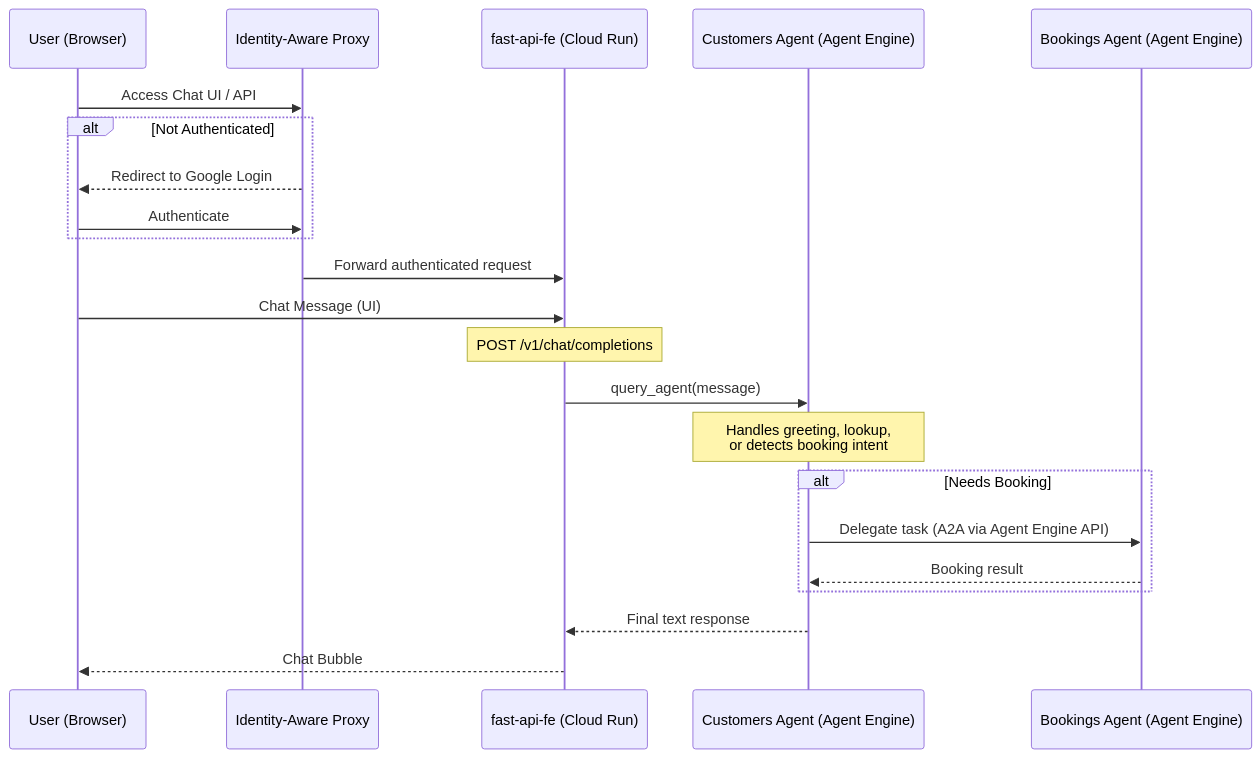
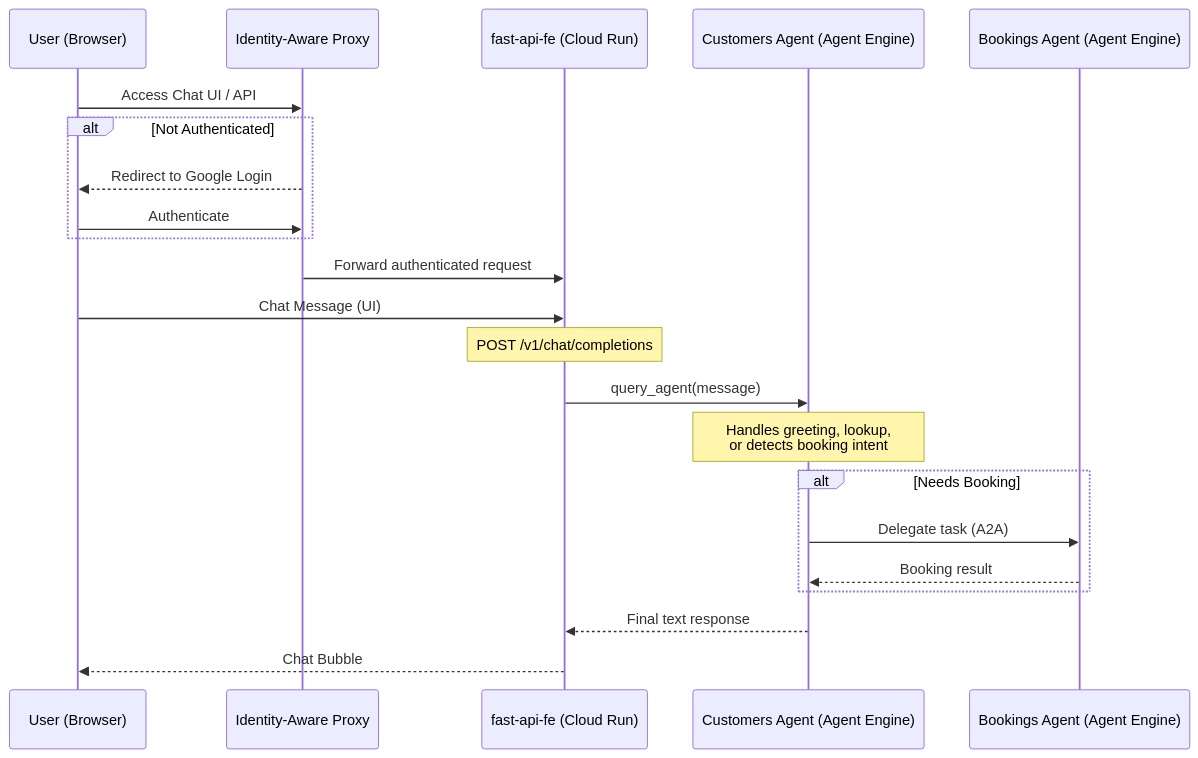
The diagram in fast-api-fe/README.md (ypenn21/customer-booking-agent), drawn with Mermaid before and after one commit. The commit also changed other lines of this file and 2 other files, not shown here.

````diff
--- a/fast-api-fe/README.md
+++ b/fast-api-fe/README.md
@@ -10,28 +14,28 @@
 ```mermaid
 sequenceDiagram
     participant User as User (Browser)
     participant IAP as Identity-Aware Proxy
     participant FastAPI as fast-api-fe (Cloud Run)
     participant CustomersAgent as Customers Agent (Agent Engine)
     participant BookingsAgent as Bookings Agent (Agent Engine)
 
     User->>IAP: Access Chat UI / API
     alt Not Authenticated
         IAP-->>User: Redirect to Google Login
         User->>IAP: Authenticate
     end
     IAP->>FastAPI: Forward authenticated request
 
     User->>FastAPI: Chat Message (UI)
     Note over FastAPI: POST /v1/chat/completions
     FastAPI->>CustomersAgent: query_agent(message)
     Note over CustomersAgent: Handles greeting, lookup,<br/>or detects booking intent
 
     alt Needs Booking
-        CustomersAgent->>BookingsAgent: Delegate task (A2A via Agent Engine API)
+        CustomersAgent->>BookingsAgent: Delegate task (A2A)
         BookingsAgent-->>CustomersAgent: Booking result
     end
 
     CustomersAgent-->>FastAPI: Final text response
     FastAPI-->>User: Chat Bubble
 ```
````
